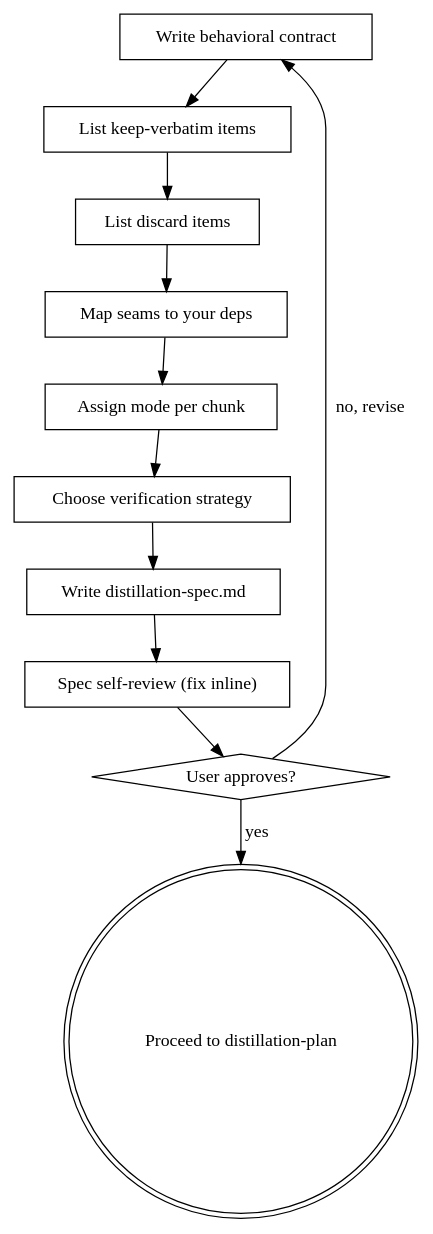
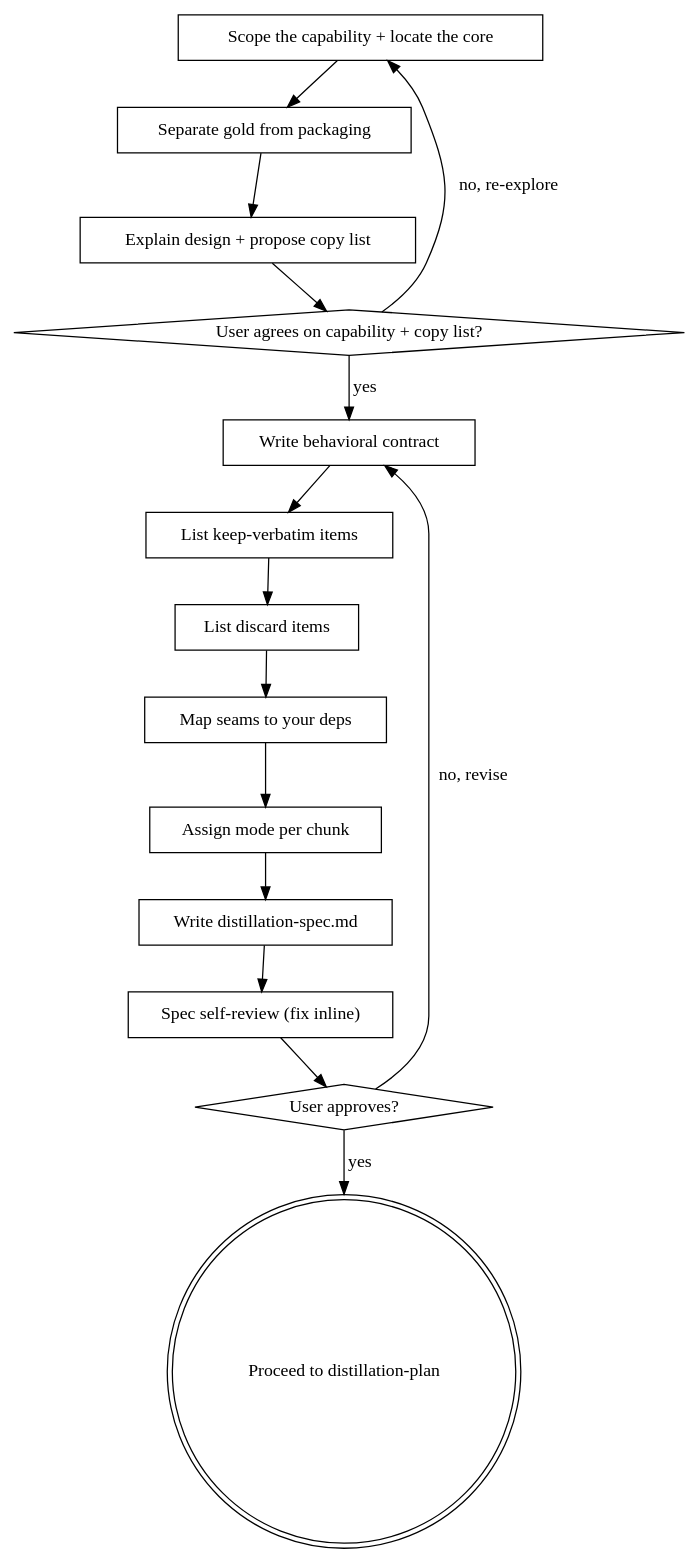
The diagram in skills/distillation-spec/SKILL.md (duongnghia222/code-distilling), drawn with Graphviz before and after one commit. The commit also changed other lines of this file and 13 other files, not shown here.

````diff
--- a/skills/distillation-spec/SKILL.md
+++ b/skills/distillation-spec/SKILL.md
@@ -34,25 +36,32 @@
 ```dot
 digraph distillation_spec {
+    "Scope the capability + locate the core" [shape=box];
+    "Separate gold from packaging" [shape=box];
+    "Explain design + propose copy list" [shape=box];
+    "User agrees on capability + copy list?" [shape=diamond];
     "Write behavioral contract" [shape=box];
     "List keep-verbatim items" [shape=box];
     "List discard items" [shape=box];
     "Map seams to your deps" [shape=box];
     "Assign mode per chunk" [shape=box];
-    "Choose verification strategy" [shape=box];
     "Write distillation-spec.md" [shape=box];
     "Spec self-review (fix inline)" [shape=box];
     "User approves?" [shape=diamond];
     "Proceed to distillation-plan" [shape=doublecircle];
 
+    "Scope the capability + locate the core" -> "Separate gold from packaging";
+    "Separate gold from packaging" -> "Explain design + propose copy list";
+    "Explain design + propose copy list" -> "User agrees on capability + copy list?";
+    "User agrees on capability + copy list?" -> "Scope the capability + locate the core" [label="no, re-explore"];
+    "User agrees on capability + copy list?" -> "Write behavioral contract" [label="yes"];
     "Write behavioral contract" -> "List keep-verbatim items";
     "List keep-verbatim items" -> "List discard items";
     "List discard items" -> "Map seams to your deps";
     "Map seams to your deps" -> "Assign mode per chunk";
-    "Assign mode per chunk" -> "Choose verification strategy";
-    "Choose verification strategy" -> "Write distillation-spec.md";
+    "Assign mode per chunk" -> "Write distillation-spec.md";
     "Write distillation-spec.md" -> "Spec self-review (fix inline)";
     "Spec self-review (fix inline)" -> "User approves?";
     "User approves?" -> "Write behavioral contract" [label="no, revise"];
     "User approves?" -> "Proceed to distillation-plan" [label="yes"];
 }
 ```
````
